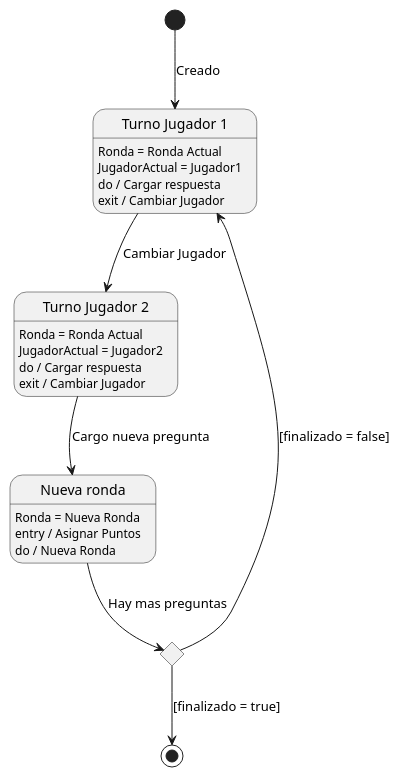
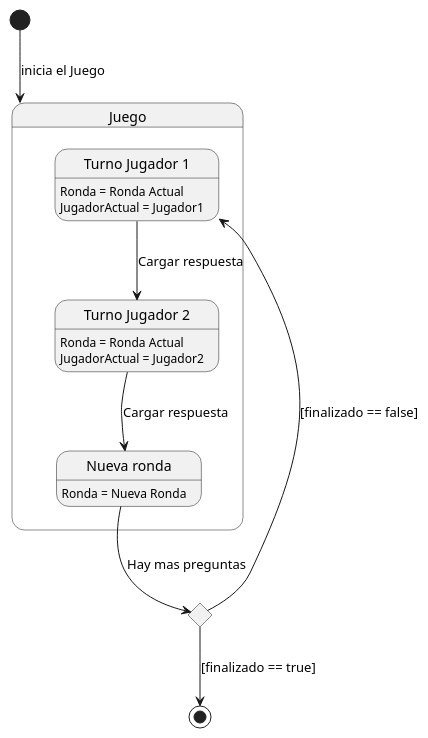
The diagram in Documentacion/Diagramas de Estado/Diagrama de estado Algokahoot.puml (gcc-cdimatteo/Algoritmos-y-Programacion-III-75.07), drawn with PlantUML before and after one commit.

Commit message:
Emprolijo diagrama de estados

```diff
--- a/Documentacion/Diagramas de Estado/Diagrama de estado Algokahoot.puml
+++ b/Documentacion/Diagramas de Estado/Diagrama de estado Algokahoot.puml
@@ -1,29 +1,28 @@
 @startuml
 
-state "Turno Jugador 1" as Jugador1
-state "Turno Jugador 2" as Jugador2
-state "Nueva ronda" as Ronda
 state c <<choice>>
 
-[*] -down-> Jugador1: Creado
-Jugador1: Ronda = Ronda Actual
-Jugador1 : JugadorActual = Jugador1
-Jugador1 : do / Cargar respuesta
-Jugador1: exit / Cambiar Jugador
+[*] --> Juego: inicia el Juego
 
-Jugador1 -down-> Jugador2: Cambiar Jugador
-Jugador2: Ronda = Ronda Actual
-Jugador2 : JugadorActual = Jugador2
-Jugador2 : do / Cargar respuesta
-Jugador2: exit / Cambiar Jugador
+state Juego {
+    state "Turno Jugador 1" as Jugador1
+    state "Turno Jugador 2" as Jugador2
+    state "Nueva ronda" as Ronda
 
-Jugador2 --> Ronda: Cargo nueva pregunta
-Ronda: Ronda = Nueva Ronda
-Ronda: entry / Asignar Puntos
-Ronda: do / Nueva Ronda
+    Jugador1: Ronda = Ronda Actual
+    Jugador1 : JugadorActual = Jugador1
 
-Ronda --> c: Hay mas preguntas
-c --> [*]: [finalizado = true]
-c --> Jugador1: [finalizado = false] 
+    Jugador1 -down-> Jugador2: Cargar respuesta
+    Jugador2: Ronda = Ronda Actual
+    Jugador2 : JugadorActual = Jugador2
+
+    Jugador2 --> Ronda: Cargar respuesta
+    Ronda: Ronda = Nueva Ronda
+
+    Ronda --> c: Hay mas preguntas
+}
+
+c --> [*]: [finalizado == true]
+c --> Jugador1: [finalizado == false] 
 
 @enduml
```
